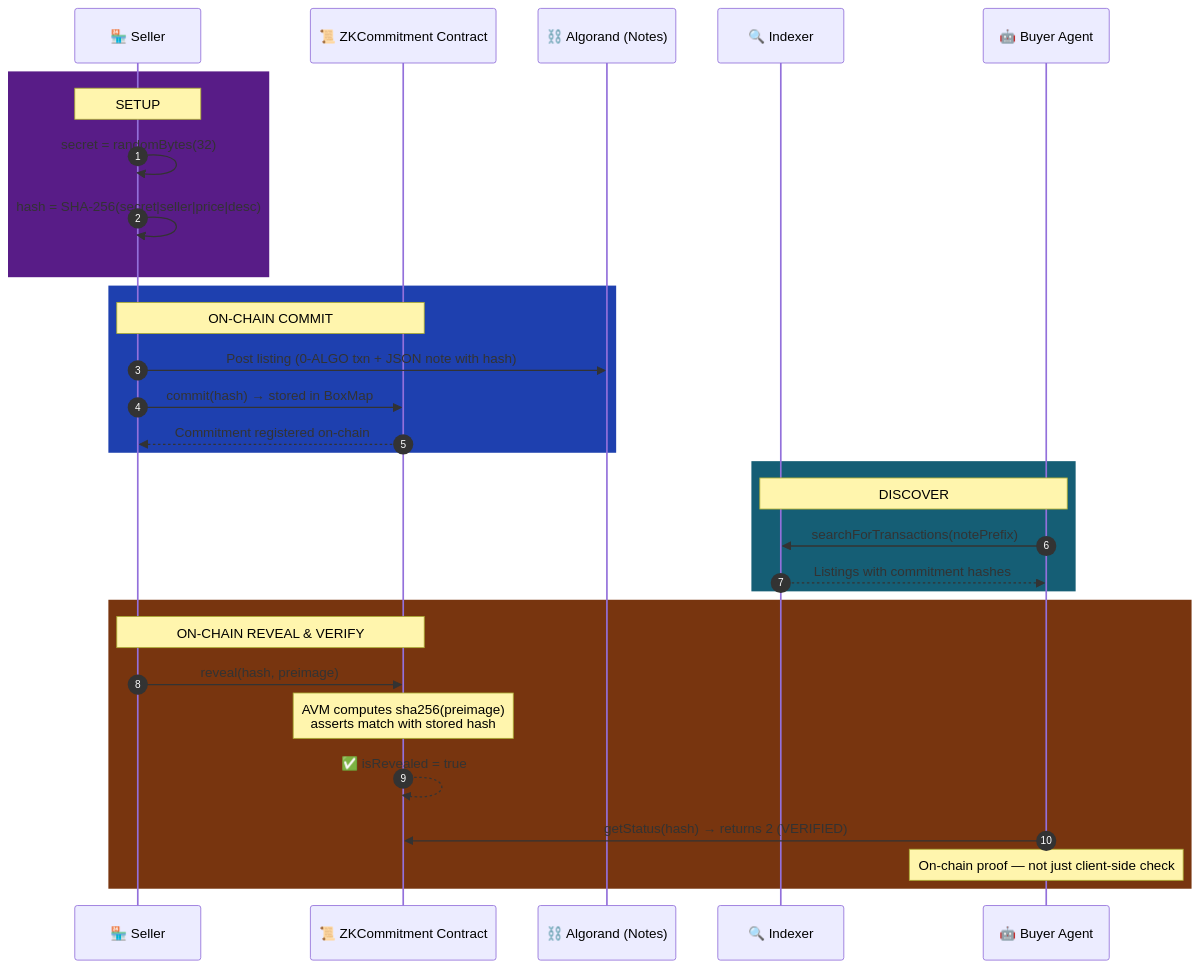
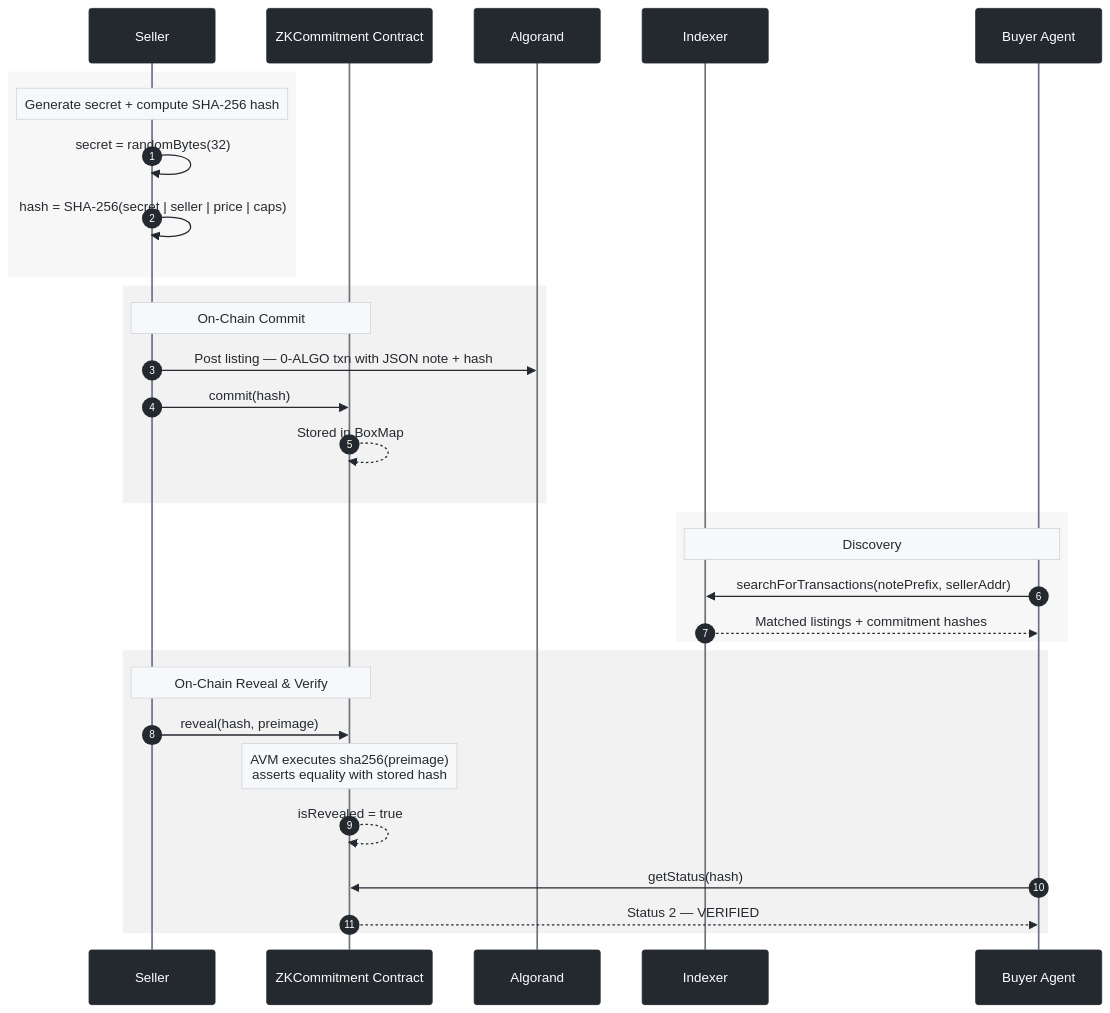
One commit to akash-kumar-45/a2a-ecommerce11 changed the third of 5 diagrams in README.md. Above: the diagram before and after it, drawn with Mermaid. The commit also changed other lines of this file, not shown here.

````diff
--- a/README.md
+++ b/README.md
@@ -172,37 +228,39 @@
 ```mermaid
+%%{init: {'theme': 'base', 'themeVariables': {'actorBkg': '#24292f', 'actorBorder': '#24292f', 'actorTextColor': '#ffffff', 'actorLineColor': '#6b7280', 'signalColor': '#24292f', 'signalTextColor': '#24292f', 'noteBkgColor': '#f6f8fa', 'noteBorderColor': '#d1d5db', 'noteTextColor': '#24292f', 'activationBorderColor': '#d1d5db', 'activationBkgColor': '#f6f8fa', 'sequenceNumberColor': '#ffffff', 'labelBoxBkgColor': '#f6f8fa', 'labelBoxBorderColor': '#d1d5db', 'labelTextColor': '#24292f', 'loopTextColor': '#24292f', 'background': '#ffffff', 'mainBkg': '#ffffff'}}}%%
+
 sequenceDiagram
     autonumber
-    participant S as 🏪 Seller
-    participant ZC as 📜 ZKCommitment Contract
-    participant BC as ⛓️ Algorand (Notes)
-    participant I as 🔍 Indexer
-    participant B as 🤖 Buyer Agent
+    participant S as Seller
+    participant ZC as ZKCommitment Contract
+    participant BC as Algorand
+    participant I as Indexer
+    participant B as Buyer Agent
 
-    rect rgb(88, 28, 135)
-        Note over S: SETUP
+    rect rgba(0, 0, 0, 0.03)
+        Note over S: Generate secret + compute SHA-256 hash
         S->>S: secret = randomBytes(32)
-        S->>S: hash = SHA-256(secret|seller|price|desc)
+        S->>S: hash = SHA-256(secret | seller | price | caps)
     end
 
-    rect rgb(30, 64, 175)
-        Note over S,ZC: ON-CHAIN COMMIT
-        S->>BC: Post listing (0-ALGO txn + JSON note with hash)
-        S->>ZC: commit(hash) → stored in BoxMap
-        ZC-->>S: Commitment registered on-chain
+    rect rgba(0, 0, 0, 0.05)
+        Note over S,ZC: On-Chain Commit
+        S->>BC: Post listing — 0-ALGO txn with JSON note + hash
+        S->>ZC: commit(hash)
+        ZC-->>ZC: Stored in BoxMap
     end
 
-    rect rgb(21, 94, 117)
-        Note over I,B: DISCOVER
-        B->>I: searchForTransactions(notePrefix)
-        I-->>B: Listings with commitment hashes
+    rect rgba(0, 0, 0, 0.03)
+        Note over I,B: Discovery
+        B->>I: searchForTransactions(notePrefix, sellerAddr)
+        I-->>B: Matched listings + commitment hashes
     end
 
-    rect rgb(120, 53, 15)
-        Note over S,ZC: ON-CHAIN REVEAL & VERIFY
+    rect rgba(0, 0, 0, 0.05)
+        Note over S,ZC: On-Chain Reveal & Verify
         S->>ZC: reveal(hash, preimage)
-        Note over ZC: AVM computes sha256(preimage)<br/>asserts match with stored hash
-        ZC-->>ZC: ✅ isRevealed = true
-        B->>ZC: getStatus(hash) → returns 2 (VERIFIED)
-        Note over B: On-chain proof — not just client-side check
+        Note over ZC: AVM executes sha256(preimage)<br/>asserts equality with stored hash
+        ZC-->>ZC: isRevealed = true
+        B->>ZC: getStatus(hash)
+        ZC-->>B: Status 2 — VERIFIED
     end
 ```
````
